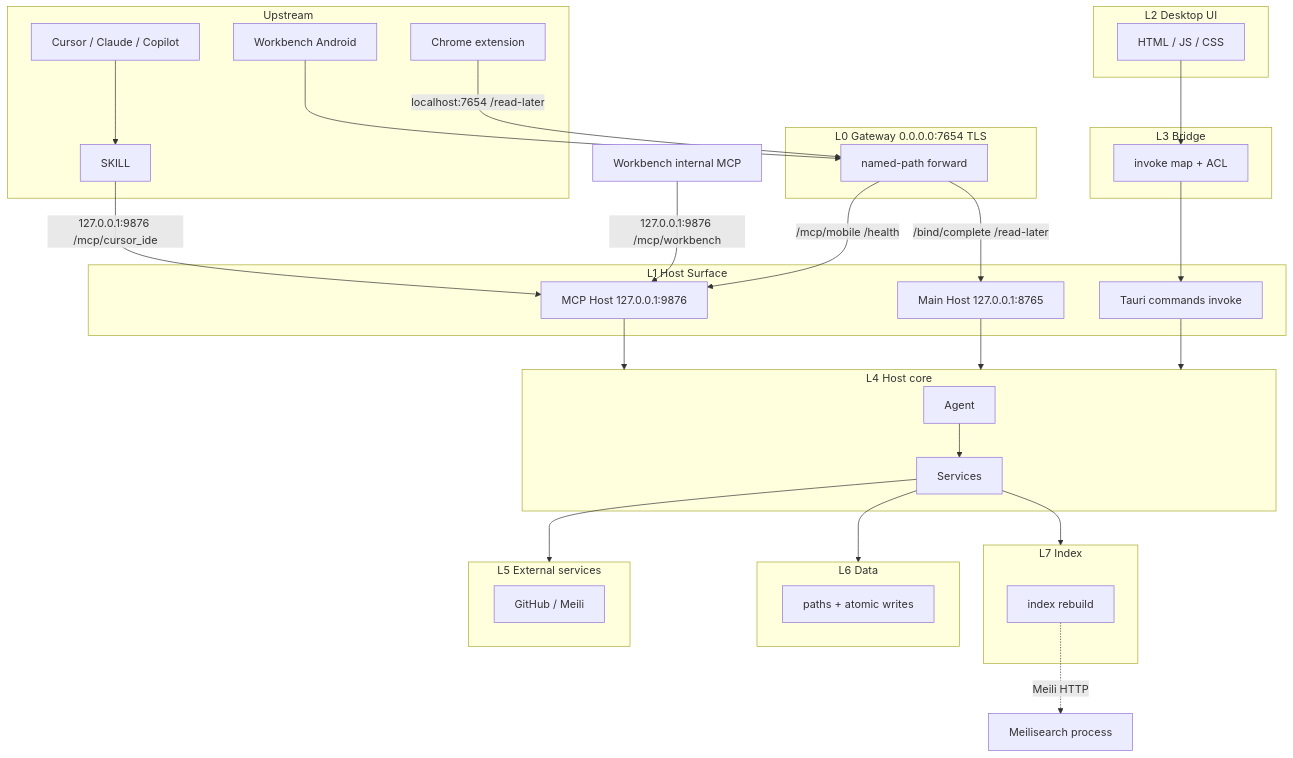
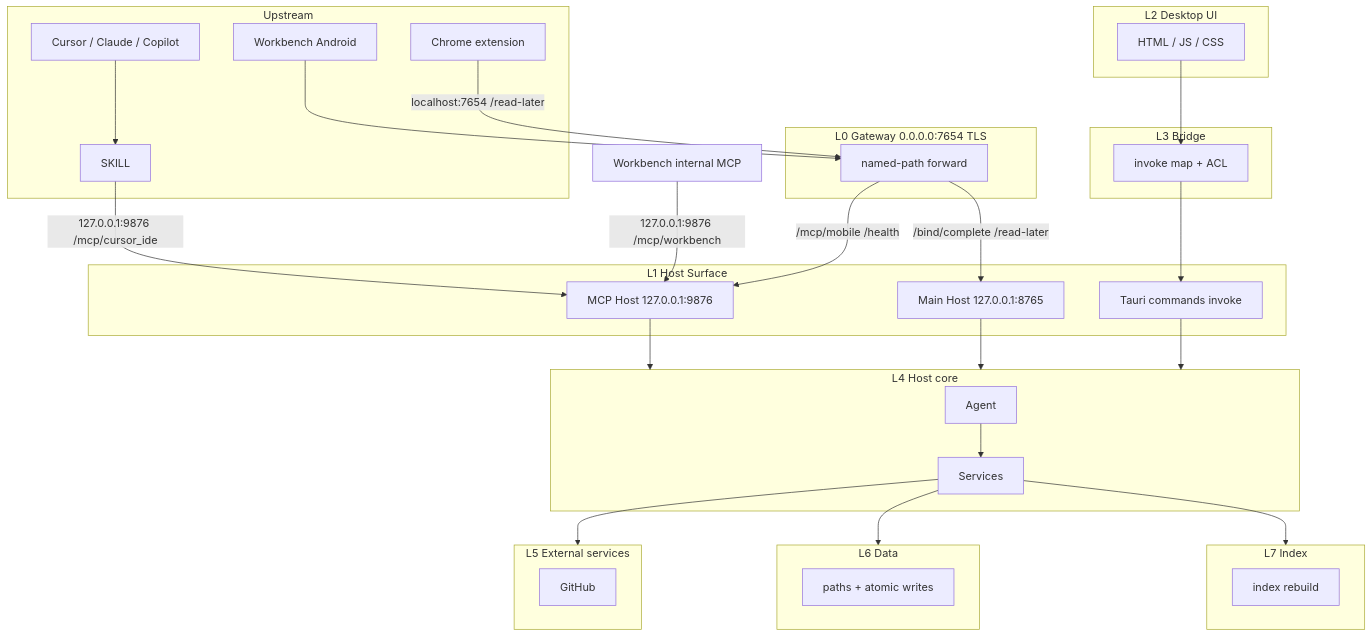
One commit to lulufoo/lulu-spark changed the diagram in docs/architecture/arch-layer-constraints.md. Above: the diagram before and after it, drawn with Mermaid. The commit also changed other lines of this file and 98 other files, not shown here.

First line of the commit message:
feat(search): replace Meilisearch with in-process FTS5

````diff
--- a/docs/architecture/arch-layer-constraints.md
+++ b/docs/architecture/arch-layer-constraints.md
@@ -7,64 +7,62 @@
 ```mermaid
 flowchart TB
   subgraph UP["Upstream"]
     IDE[Cursor / Claude / Copilot]
     SKILL[SKILL]
     AND[Workbench Android]
     CHROME[Chrome extension]
   end
 
   subgraph L0["L0 Gateway  0.0.0.0:7654 TLS"]
     GW[named-path forward]
   end
 
   subgraph L2["L2 Desktop UI"]
     UI[HTML / JS / CSS]
   end
 
   subgraph L3["L3 Bridge"]
     BR[invoke map + ACL]
   end
 
   subgraph L1["L1 Host Surface"]
     MCP["MCP Host  127.0.0.1:9876"]
     MAIN["Main Host  127.0.0.1:8765"]
     CMD["Tauri commands  invoke"]
   end
 
   subgraph L4["L4 Host core"]
     AGT[Agent]
     SVC[Services]
   end
 
   subgraph L5["L5 External services"]
-    INT[GitHub / Meili]
+    INT[GitHub]
   end
 
   subgraph L6["L6 Data"]
     REPO[paths + atomic writes]
   end
 
   subgraph L7["L7 Index"]
     IDX[index rebuild]
   end
 
   INTMCP[Workbench internal MCP]
-  MEILI[Meilisearch process]
 
   IDE --> SKILL
   SKILL -->|127.0.0.1:9876 /mcp/cursor_ide| MCP
   AND --> GW
   CHROME -->|localhost:7654 /read-later| GW
   GW -->|/mcp/mobile /health| MCP
   GW -->|/bind/complete /read-later| MAIN
   INTMCP -->|127.0.0.1:9876 /mcp/workbench| MCP
   UI --> BR --> CMD
   MCP --> L4
   MAIN --> L4
   CMD --> L4
   AGT --> SVC
   SVC --> L5
   SVC --> L6
   SVC --> L7
-  IDX -.->|Meili HTTP| MEILI
 ```
````
